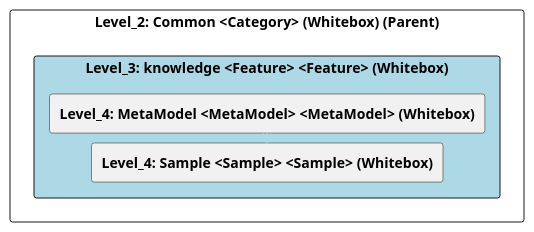
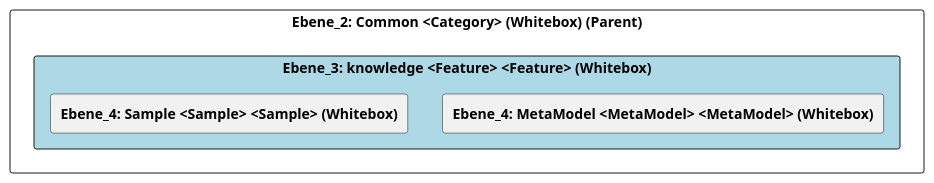
Before and after one commit to marcozwyssig/cleon: the diagram in doc/cleonproject_deliverables_architecture_model_architecture/adoc/de/05_bausteinsicht/cleon/common/knowledge/ebene_3_knowledge.adoc, drawn with PlantUML. The commit also changed other lines of this file and 150 other files, not shown here.

```diff
--- a/doc/cleonproject_deliverables_architecture_model_architecture/adoc/de/05_bausteinsicht/cleon/common/knowledge/ebene_3_knowledge.adoc
+++ b/doc/cleonproject_deliverables_architecture_model_architecture/adoc/de/05_bausteinsicht/cleon/common/knowledge/ebene_3_knowledge.adoc
@@ -20,28 +20,25 @@
-[plantuml, Level_3: knowledge <Feature> <Feature> (Whitebox)BlockOverview, format="svg"]
+[plantuml, Ebene_3: knowledge <Feature> <Feature> (Whitebox)BlockOverview, format="svg"]
 ----
-@startuml Level_3: knowledge <Feature> <Feature> (Whitebox)BuildingBlockOverview
+@startuml Ebene_3: knowledge <Feature> <Feature> (Whitebox)BuildingBlockOverview
 
 skinparam ranksep 10
 skinparam componentStyle rectangle
 skinparam shadowing false
 skinparam arrowColor lightblue
 skinparam arrowThickness 1.2
 skinparam rectangle {
   BackgroundColor White
   BorderColor #333
   RoundCorner 10
 }
 top to bottom direction
 
-component "Level_2: Common <Category> (Whitebox) (Parent)" {
-    component "Level_3: knowledge <Feature> <Feature> (Whitebox)" #lightblue {
-        [**Level_4: MetaModel <MetaModel> <MetaModel> (Whitebox)**] as 4A57056D_D579_11EE_903E_9F564E4DE07E
-        [**Level_4: Sample <Sample> <Sample> (Whitebox)**] as 4A56DE4C_D579_11EE_903E_9F564E4DE07E
+component "Ebene_2: Common <Category> (Whitebox) (Parent)" {
+    component "Ebene_3: knowledge <Feature> <Feature> (Whitebox)" #lightblue {
+        [**Ebene_4: MetaModel <MetaModel> <MetaModel> (Whitebox)**] as 4A57056D_D579_11EE_903E_9F564E4DE07E
+        [**Ebene_4: Sample <Sample> <Sample> (Whitebox)**] as 4A56DE4C_D579_11EE_903E_9F564E4DE07E
     }
-
-    4A57056D_D579_11EE_903E_9F564E4DE07E -down-> 4A56DE4C_D579_11EE_903E_9F564E4DE07E
-    
 }
 
 @enduml
 ----
```
